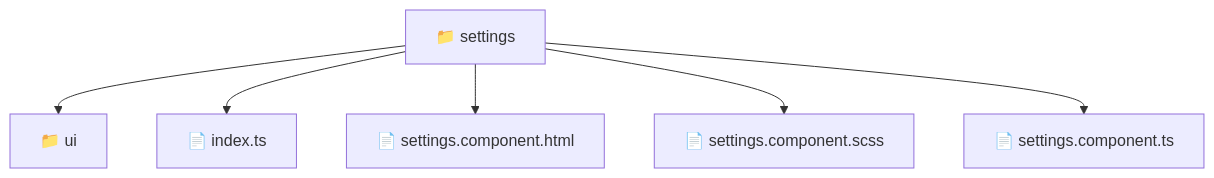
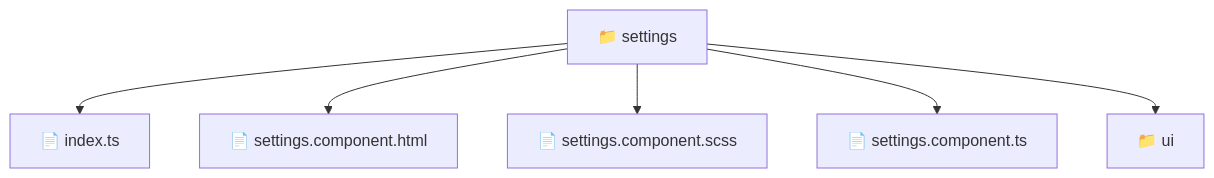
Before and after one commit to beginwebdev2002/fullstack-mavluda: the diagram in frontend/src/pages/settings/README.md, drawn with Mermaid. The commit also changed other lines of this file and 166 other files, not shown here.

First line of the commit message:
docs: generate repository-wide architectural README files

````diff
--- a/frontend/src/pages/settings/README.md
+++ b/frontend/src/pages/settings/README.md
@@ -11,9 +11,14 @@
 ```mermaid
 graph TD
-  Root["📁 settings"]
-  Root --> ui["📁 ui"]
-  Root --> index_ts["📄 index.ts"]
-  Root --> settings_component_html["📄 settings.component.html"]
-  Root --> settings_component_scss["📄 settings.component.scss"]
-  Root --> settings_component_ts["📄 settings.component.ts"]
+  f_Root_settings["📁 settings"]
+  f_index_ts["📄 index.ts"]
+  f_Root_settings --> f_index_ts
+  f_settings_component_html["📄 settings.component.html"]
+  f_Root_settings --> f_settings_component_html
+  f_settings_component_scss["📄 settings.component.scss"]
+  f_Root_settings --> f_settings_component_scss
+  f_settings_component_ts["📄 settings.component.ts"]
+  f_Root_settings --> f_settings_component_ts
+  f_Dir_ui["📁 ui"]
+  f_Root_settings --> f_Dir_ui
 ```
````
